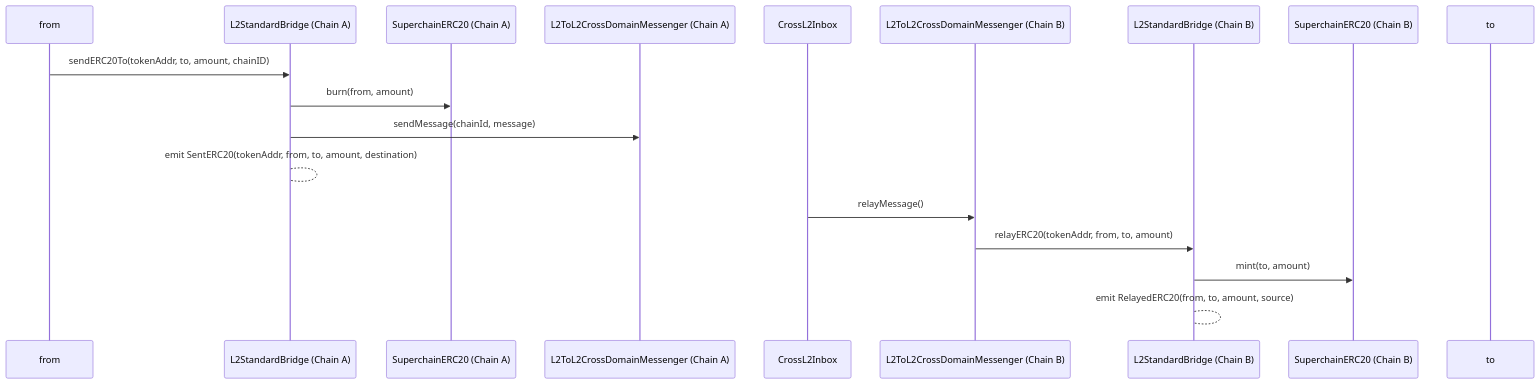
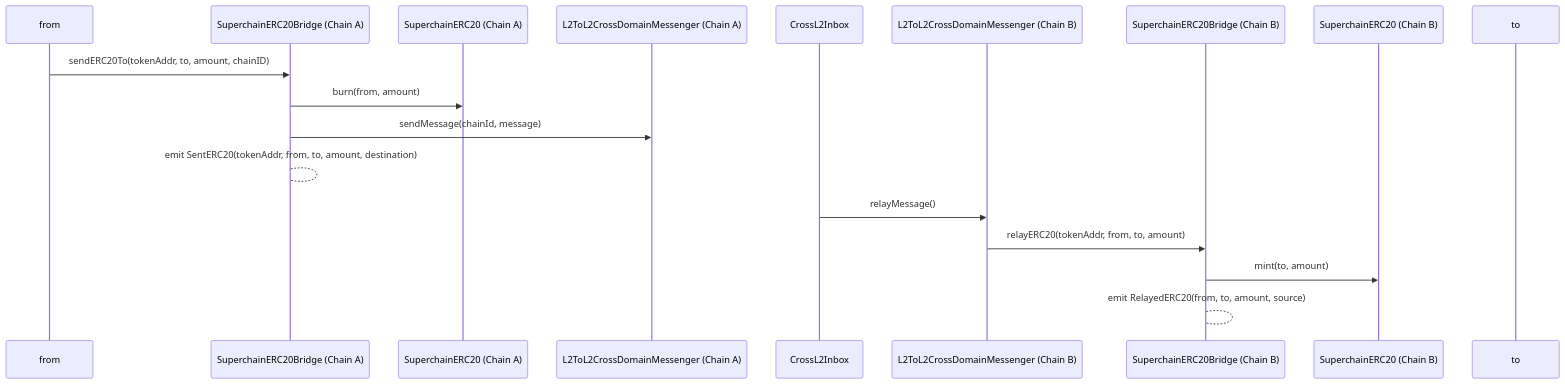
One commit to ethereum-optimism/design-docs changed the second of 2 diagrams in protocol/superchainerc20/superc20Redesign.md. Above: the diagram before and after it, drawn with Mermaid. The commit also changed other lines of this file, not shown here.

````diff
--- a/protocol/superchainerc20/superc20Redesign.md
+++ b/protocol/superchainerc20/superc20Redesign.md
@@ -55,22 +55,22 @@
 ```mermaid
 sequenceDiagram
   participant from
-  participant L2SBA as L2StandardBridge (Chain A)
+  participant L2SBA as SuperchainERC20Bridge (Chain A)
   participant SuperERC20_A as SuperchainERC20 (Chain A)
   participant Messenger_A as L2ToL2CrossDomainMessenger (Chain A)
   participant Inbox as CrossL2Inbox
   participant Messenger_B as L2ToL2CrossDomainMessenger (Chain B)
-  participant L2SBB as L2StandardBridge (Chain B)
+  participant L2SBB as SuperchainERC20Bridge (Chain B)
   participant SuperERC20_B as SuperchainERC20 (Chain B)
   participant Recipient as to
 
   from->>L2SBA: sendERC20To(tokenAddr, to, amount, chainID)
   L2SBA->>SuperERC20_A: burn(from, amount)
   L2SBA->>Messenger_A: sendMessage(chainId, message)
   L2SBA-->L2SBA: emit SentERC20(tokenAddr, from, to, amount, destination)
   Inbox->>Messenger_B: relayMessage()
   Messenger_B->>L2SBB: relayERC20(tokenAddr, from, to, amount)
   L2SBB->>SuperERC20_B: mint(to, amount)
   L2SBB-->L2SBB: emit RelayedERC20(from, to, amount, source)
 
 ```
````
